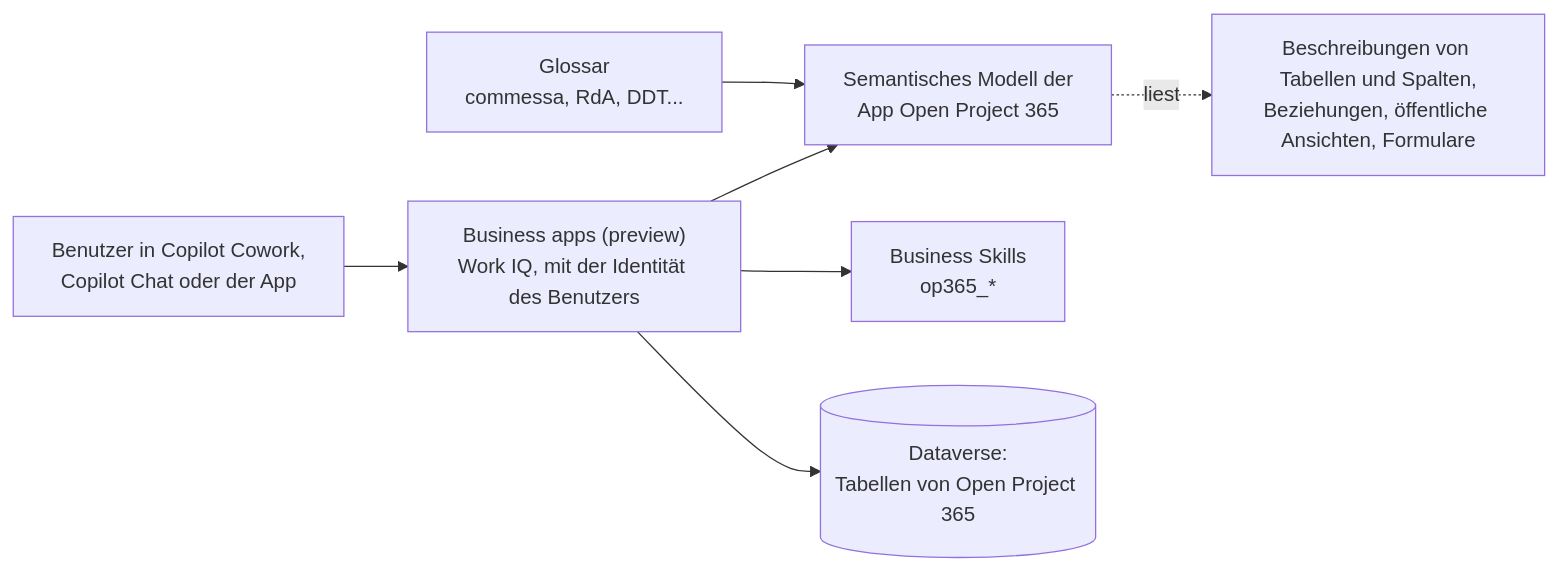
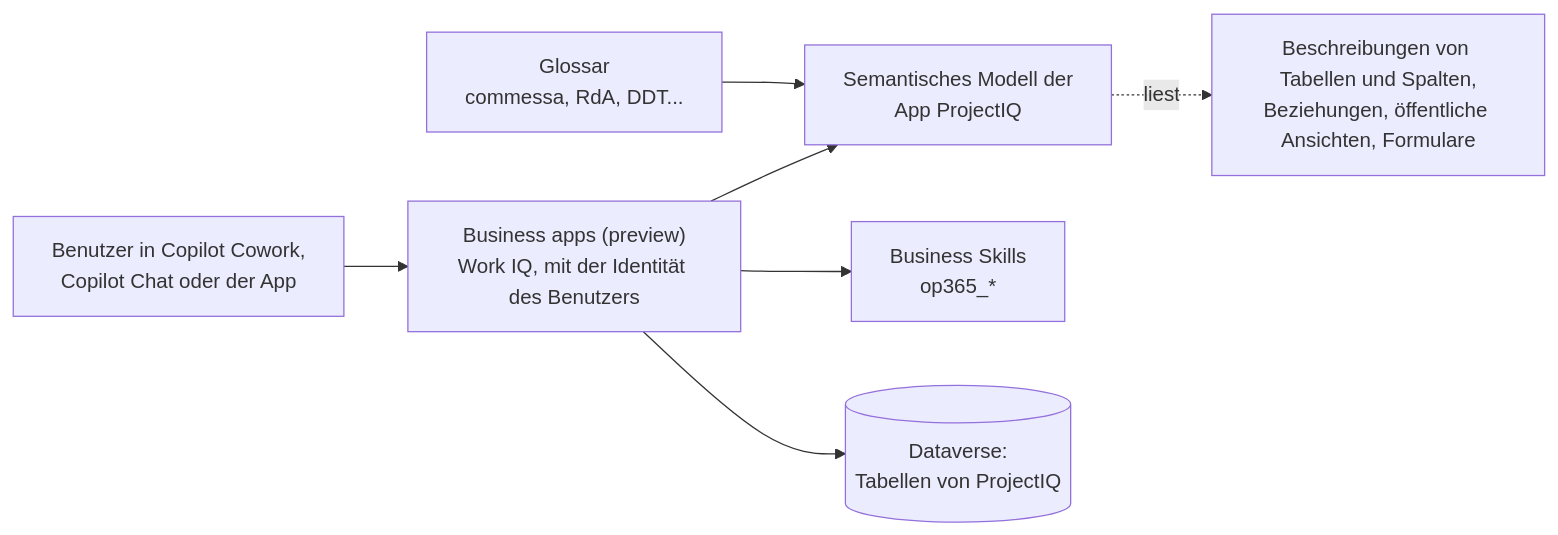
Before and after one commit to Power-Builders-Italia/ProjectIQ: the first of 2 diagrams in docs/de/copilot.md, drawn with Mermaid. The commit also changed other lines of this file and 84 other files, not shown here.

First line of the commit message:
Rebrand product from Open Project 365 to ProjectIQ (#52)

````diff
--- a/docs/de/copilot.md
+++ b/docs/de/copilot.md
@@ -14,9 +14,9 @@
 ```mermaid
 flowchart LR
     U[Benutzer in Copilot Cowork,<br/>Copilot Chat oder der App] --> W["Business apps (preview)<br/>Work IQ, mit der Identität des Benutzers"]
-    W --> SM[Semantisches Modell der<br/>App Open Project 365]
+    W --> SM[Semantisches Modell der<br/>App ProjectIQ]
     W --> BS[Business Skills<br/>op365_*]
-    W --> D[(Dataverse:<br/>Tabellen von Open Project 365)]
+    W --> D[(Dataverse:<br/>Tabellen von ProjectIQ)]
     SM -. liest .-> M[Beschreibungen von Tabellen und Spalten,<br/>Beziehungen, öffentliche Ansichten, Formulare]
     G[Glossar<br/>commessa, RdA, DDT...] --> SM
 ```
````
